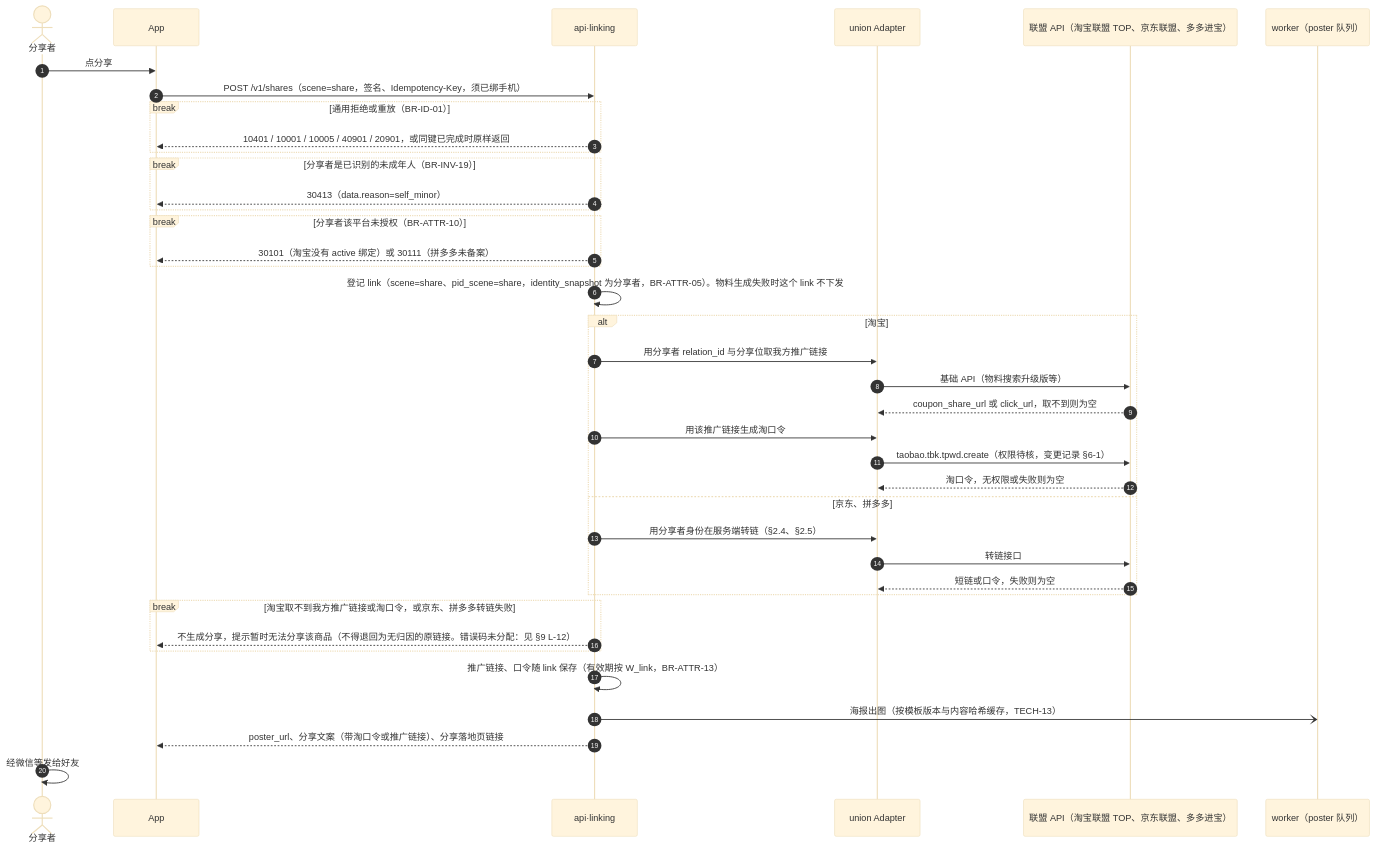
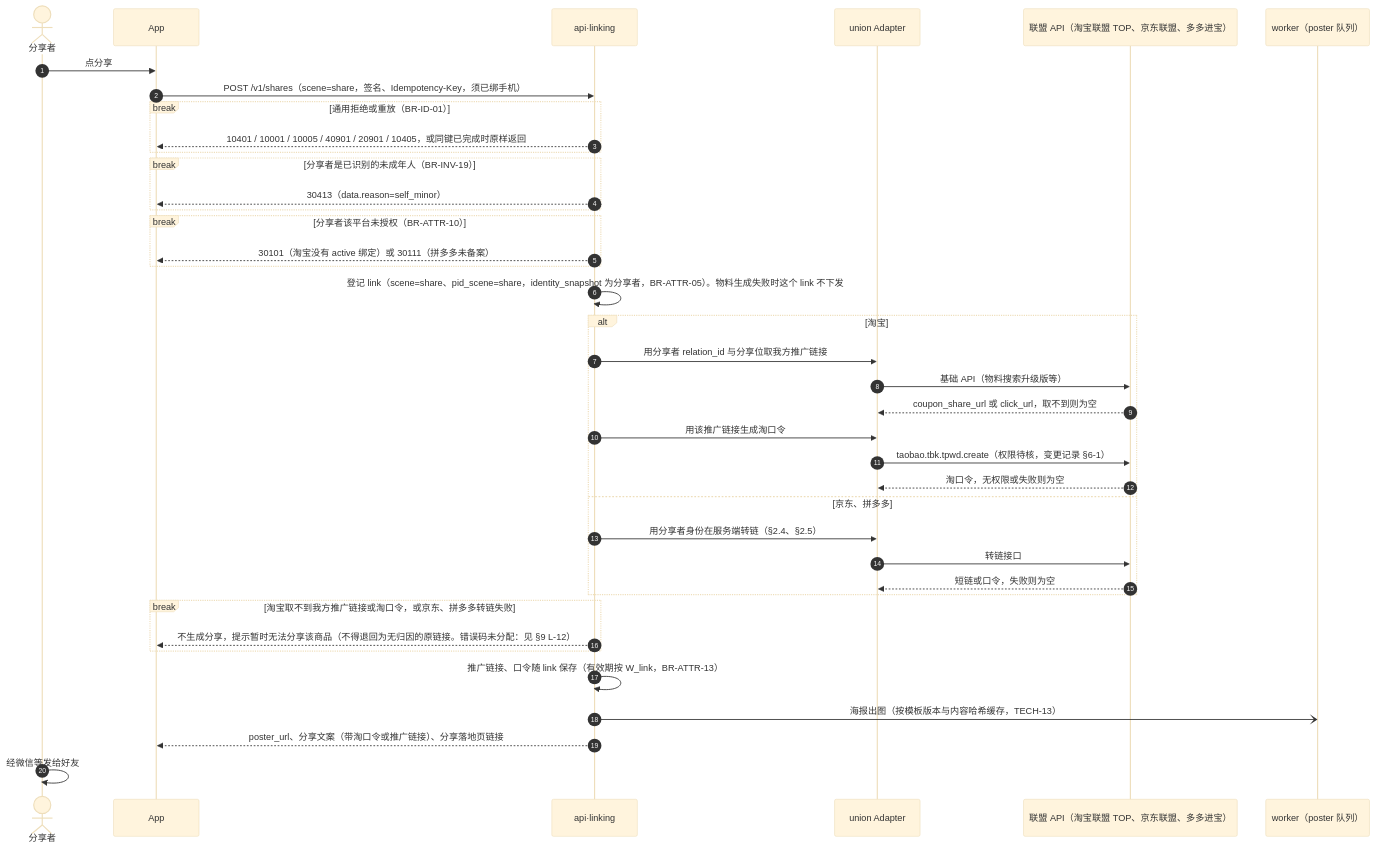
Before and after one commit to zora4523-bot/couli: the tenth of 50 diagrams in 规划/12_关键流程与状态图.md, drawn with Mermaid (base theme). The commit also changed other lines of this file, not shown here.

````diff
--- a/规划/12_关键流程与状态图.md
+++ b/规划/12_关键流程与状态图.md
@@ -822,42 +824,42 @@
 ```mermaid
 sequenceDiagram
   autonumber
   actor S as 分享者
   participant C as App
   participant A as api·linking
   participant UA as union Adapter
   participant UP as 联盟 API（淘宝联盟 TOP、京东联盟、多多进宝）
   participant WK as worker（poster 队列）
 
   S->>C: 点分享
   C->>A: POST /v1/shares（scene=share，签名、Idempotency-Key，须已绑手机）
   break 通用拒绝或重放（BR-ID-01）
-    A-->>C: 10401 / 10001 / 10005 / 40901 / 20901，或同键已完成时原样返回
+    A-->>C: 10401 / 10001 / 10005 / 40901 / 20901 / 10405，或同键已完成时原样返回
   end
   break 分享者是已识别的未成年人（BR-INV-19）
     A-->>C: 30413（data.reason=self_minor）
   end
   break 分享者该平台未授权（BR-ATTR-10）
     A-->>C: 30101（淘宝没有 active 绑定）或 30111（拼多多未备案）
   end
   A->>A: 登记 link（scene=share、pid_scene=share，identity_snapshot 为分享者，BR-ATTR-05）。物料生成失败时这个 link 不下发
   alt 淘宝
     A->>UA: 用分享者 relation_id 与分享位取我方推广链接
     UA->>UP: 基础 API（物料搜索升级版等）
     UP-->>UA: coupon_share_url 或 click_url，取不到则为空
     A->>UA: 用该推广链接生成淘口令
     UA->>UP: taobao.tbk.tpwd.create（权限待核，变更记录 §6-1）
     UP-->>UA: 淘口令，无权限或失败则为空
   else 京东、拼多多
     A->>UA: 用分享者身份在服务端转链（§2.4、§2.5）
     UA->>UP: 转链接口
     UP-->>UA: 短链或口令，失败则为空
   end
   break 淘宝取不到我方推广链接或淘口令，或京东、拼多多转链失败
     A-->>C: 不生成分享，提示暂时无法分享该商品（不得退回为无归因的原链接。错误码未分配：见 §9 L-12）
   end
   A->>A: 推广链接、口令随 link 保存（有效期按 W_link，BR-ATTR-13）
   A-)WK: 海报出图（按模板版本与内容哈希缓存，TECH-13）
   A-->>C: poster_url、分享文案（带淘口令或推广链接）、分享落地页链接
   S->>S: 经微信等发给好友
 ```
````
